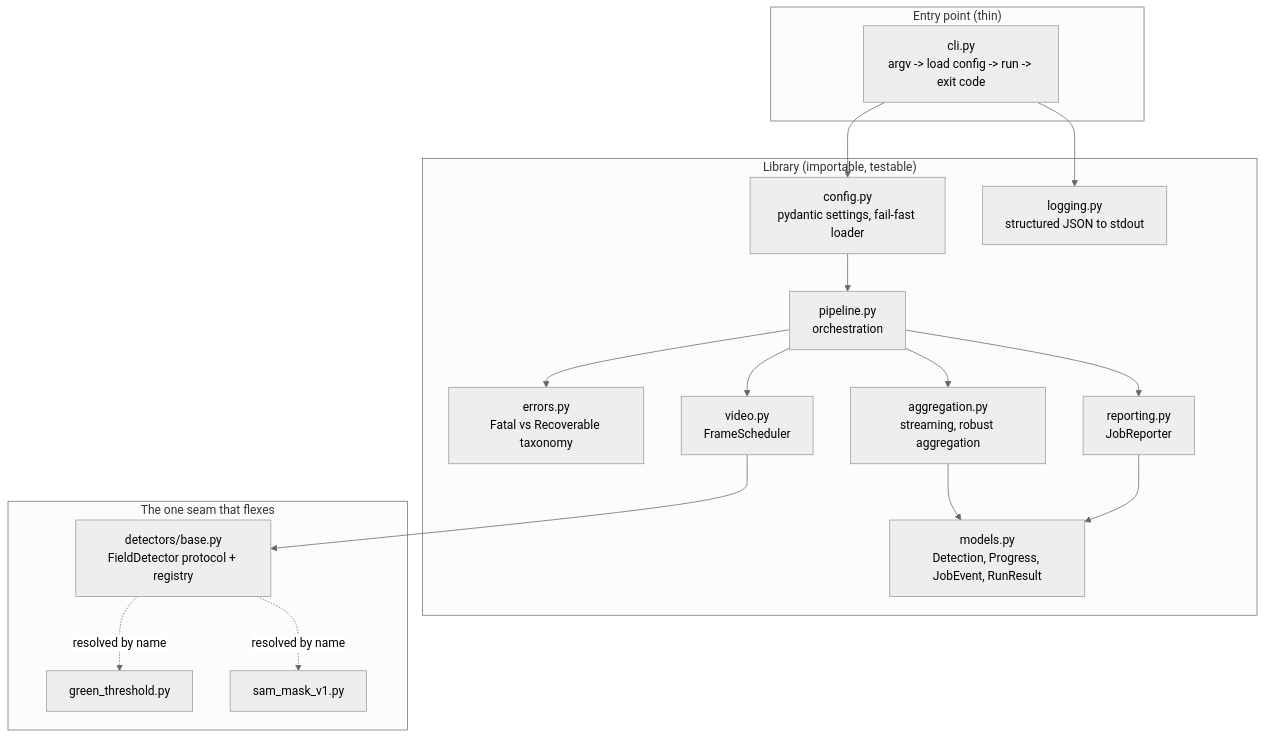
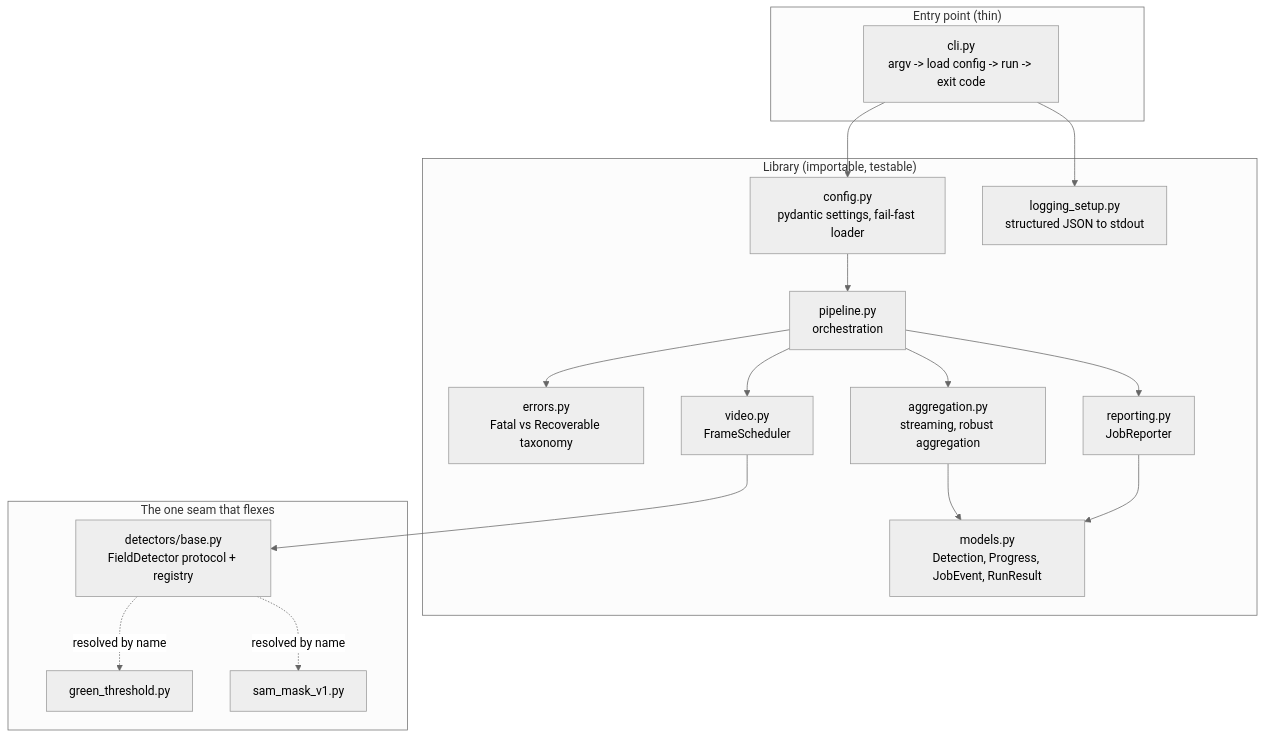
The diagram in docs/ARCHITECTURE.md (Sani1189/test-case-backend-software-developer), drawn with Mermaid (neutral theme) before and after one commit. The commit also changed other lines of this file, not shown here.

Commit message:
Fix module name in the architecture notes

````diff
--- a/docs/ARCHITECTURE.md
+++ b/docs/ARCHITECTURE.md
@@ -36,36 +36,36 @@
 ```mermaid
 flowchart TB
     subgraph entry["Entry point (thin)"]
         CLI["cli.py<br/>argv -> load config -> run -> exit code"]
     end
 
     subgraph lib["Library (importable, testable)"]
         CFG["config.py<br/>pydantic settings, fail-fast loader"]
         MOD["models.py<br/>Detection, Progress, JobEvent, RunResult"]
         ERR["errors.py<br/>Fatal vs Recoverable taxonomy"]
-        LOG["logging.py<br/>structured JSON to stdout"]
+        LOG["logging_setup.py<br/>structured JSON to stdout"]
         VID["video.py<br/>FrameScheduler"]
         PIPE["pipeline.py<br/>orchestration"]
         AGG["aggregation.py<br/>streaming, robust aggregation"]
         REP["reporting.py<br/>JobReporter"]
     end
 
     subgraph seam["The one seam that flexes"]
         BASE["detectors/base.py<br/>FieldDetector protocol + registry"]
         D1["green_threshold.py"]
         D2["sam_mask_v1.py"]
     end
 
     CLI --> CFG
     CLI --> LOG
     CFG --> PIPE
     PIPE --> VID
     VID --> BASE
     BASE -. "resolved by name" .-> D1
     BASE -. "resolved by name" .-> D2
     PIPE --> AGG
     PIPE --> REP
     AGG --> MOD
     REP --> MOD
     PIPE --> ERR
 ```
````
